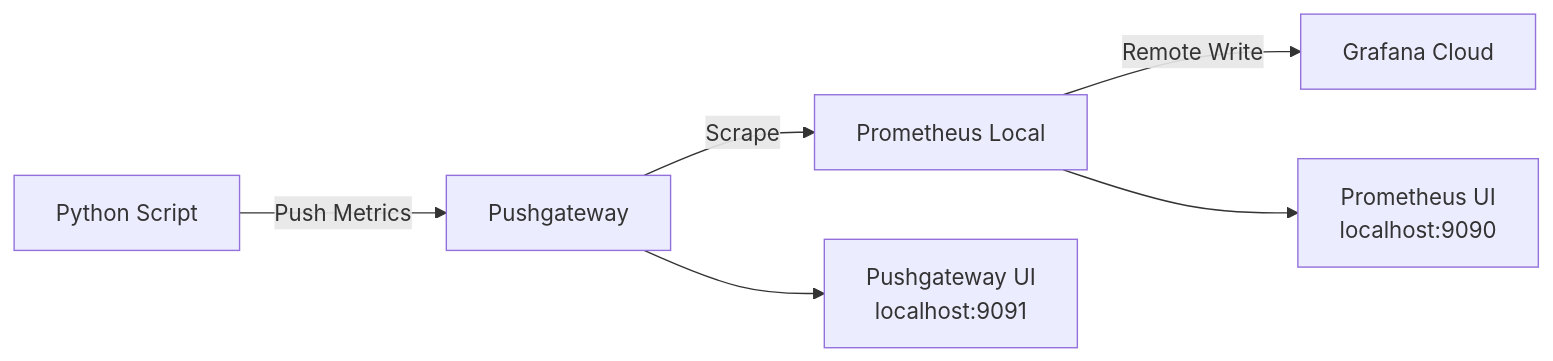
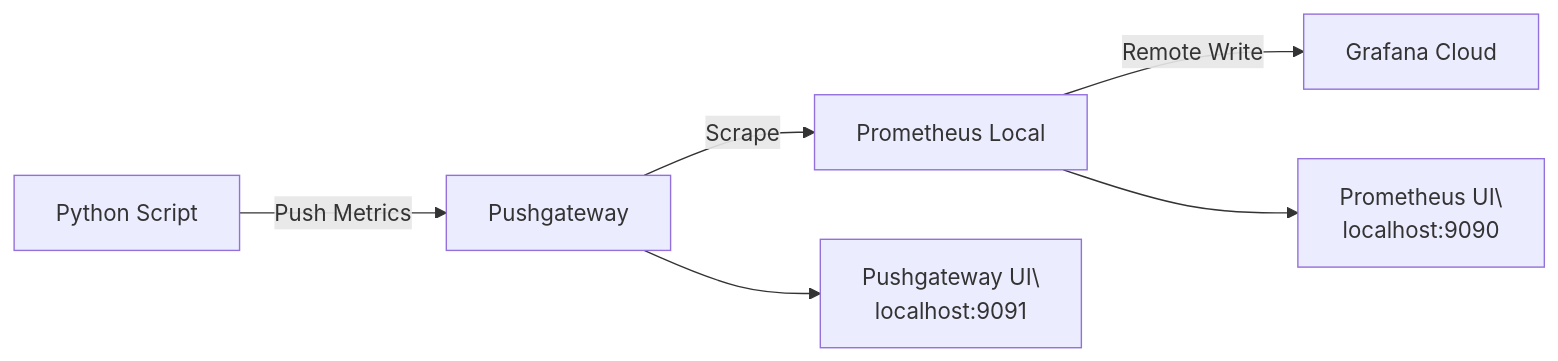
The diagram in README.md (jveraduran/monitoreo-observabilidad), drawn with Mermaid before and after one commit.

Commit message:
feat: add readme file

````diff
--- a/README.md
+++ b/README.md
@@ -168,8 +168,8 @@
 ```mermaid
 graph LR
     A[Python Script] -- Push Metrics --> B[Pushgateway]
     B -- Scrape --> C[Prometheus Local]
     C -- Remote Write --> D[Grafana Cloud]
-    C --> E[Prometheus UI\nlocalhost:9090]
-    B --> F[Pushgateway UI\nlocalhost:9091]
+    C --> E[Prometheus UI\\nlocalhost:9090]
+    B --> F[Pushgateway UI\\nlocalhost:9091]
 ```
````
